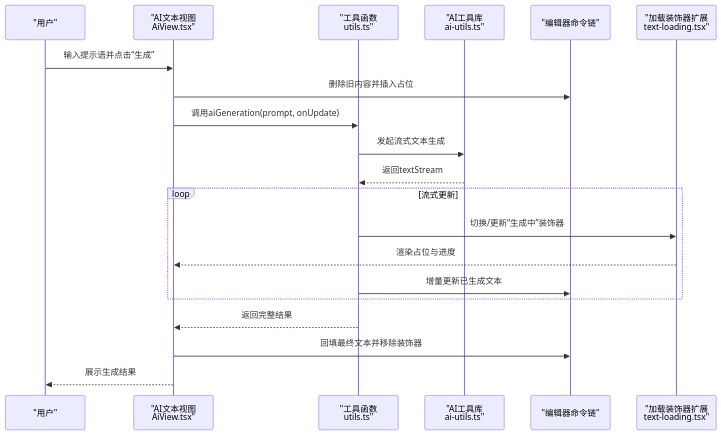
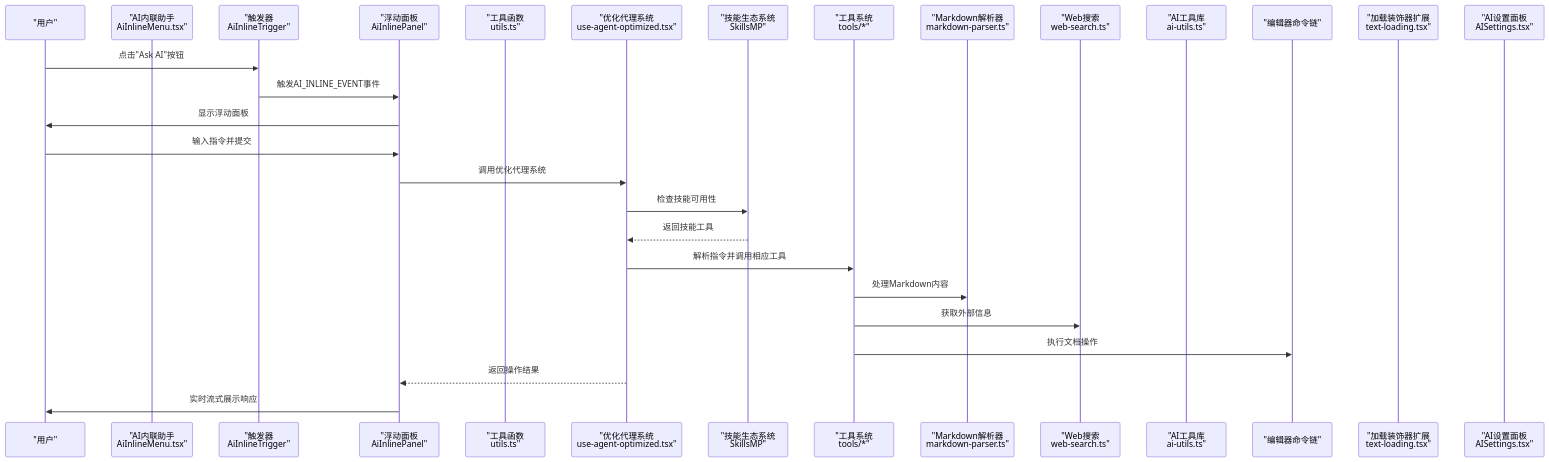
One commit to LRF0422/Kotion changed the second of 9 diagrams in .qoder/repowiki/zh/content/功能模块/AI插件/AI插件.md. Above: the diagram before and after it, drawn with Mermaid. The commit also changed other lines of this file and 75 other files, not shown here.

````diff
--- a/.qoder/repowiki/zh/content/功能模块/AI插件/AI插件.md
+++ b/.qoder/repowiki/zh/content/功能模块/AI插件/AI插件.md
@@ -205,22 +349,30 @@
 ```mermaid
 sequenceDiagram
 participant User as "用户"
-participant View as "AI文本视图<br/>AiView.tsx"
+participant Inline as "AI内联助手<br/>AiInlineMenu.tsx"
+participant Trigger as "触发器<br/>AiInlineTrigger"
+participant Panel as "浮动面板<br/>AiInlinePanel"
 participant Utils as "工具函数<br/>utils.ts"
+participant Agent as "优化代理系统<br/>use-agent-optimized.tsx"
+participant Skills as "技能生态系统<br/>SkillsMP"
+participant Tools as "工具系统<br/>tools/*"
+participant Parser as "Markdown解析器<br/>markdown-parser.ts"
+participant Search as "Web搜索<br/>web-search.ts"
 participant Core as "AI工具库<br/>ai-utils.ts"
 participant Editor as "编辑器命令链"
 participant Decor as "加载装饰器扩展<br/>text-loading.tsx"
-User->>View : 输入提示语并点击“生成”
-View->>Editor : 删除旧内容并插入占位
-View->>Utils : 调用aiGeneration(prompt, onUpdate)
-Utils->>Core : 发起流式文本生成
-Core-->>Utils : 返回textStream
-loop 流式更新
-Utils->>Decor : 切换/更新“生成中”装饰器
-Decor-->>View : 渲染占位与进度
-Utils->>Editor : 增量更新已生成文本
-end
-Utils-->>View : 返回完整结果
-View->>Editor : 回填最终文本并移除装饰器
-View-->>User : 展示生成结果
+participant Settings as "AI设置面板<br/>AISettings.tsx"
+User->>Trigger : 点击"Ask AI"按钮
+Trigger->>Panel : 触发AI_INLINE_EVENT事件
+Panel->>User : 显示浮动面板
+User->>Panel : 输入指令并提交
+Panel->>Agent : 调用优化代理系统
+Agent->>Skills : 检查技能可用性
+Skills-->>Agent : 返回技能工具
+Agent->>Tools : 解析指令并调用相应工具
+Tools->>Parser : 处理Markdown内容
+Tools->>Search : 获取外部信息
+Tools->>Editor : 执行文档操作
+Agent-->>Panel : 返回操作结果
+Panel->>User : 实时流式展示响应
 ```
````
